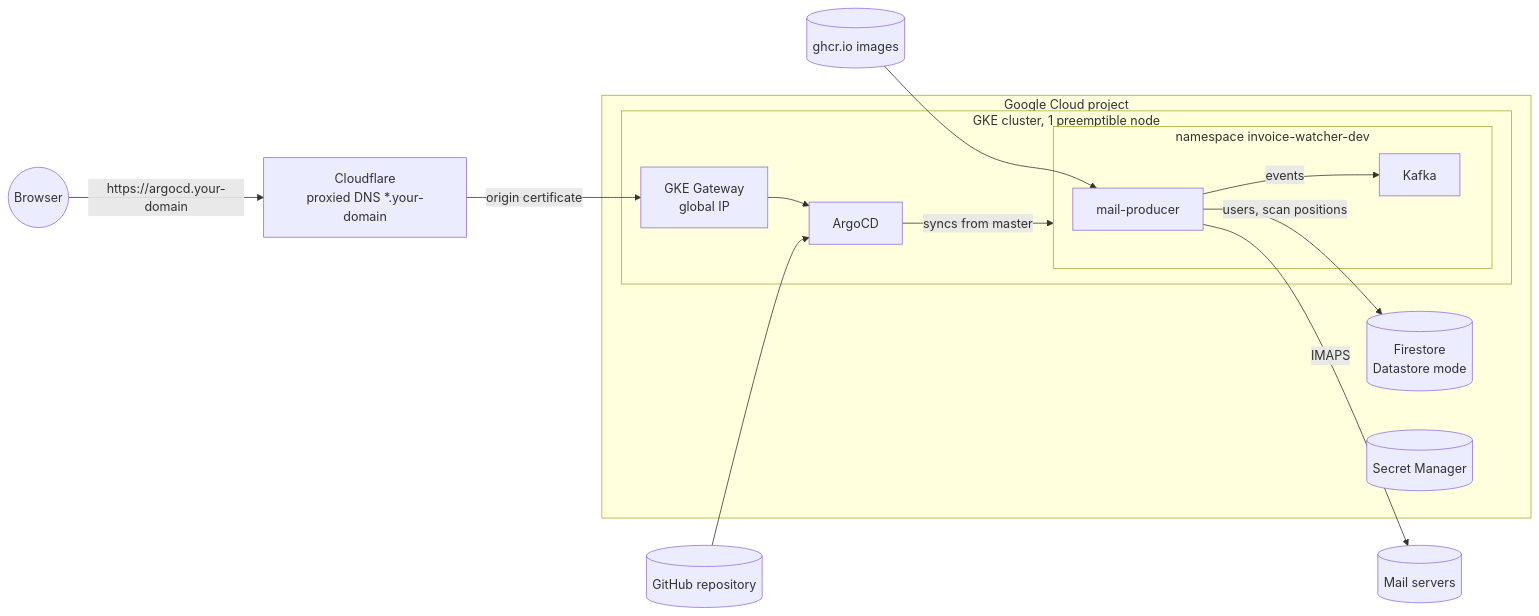
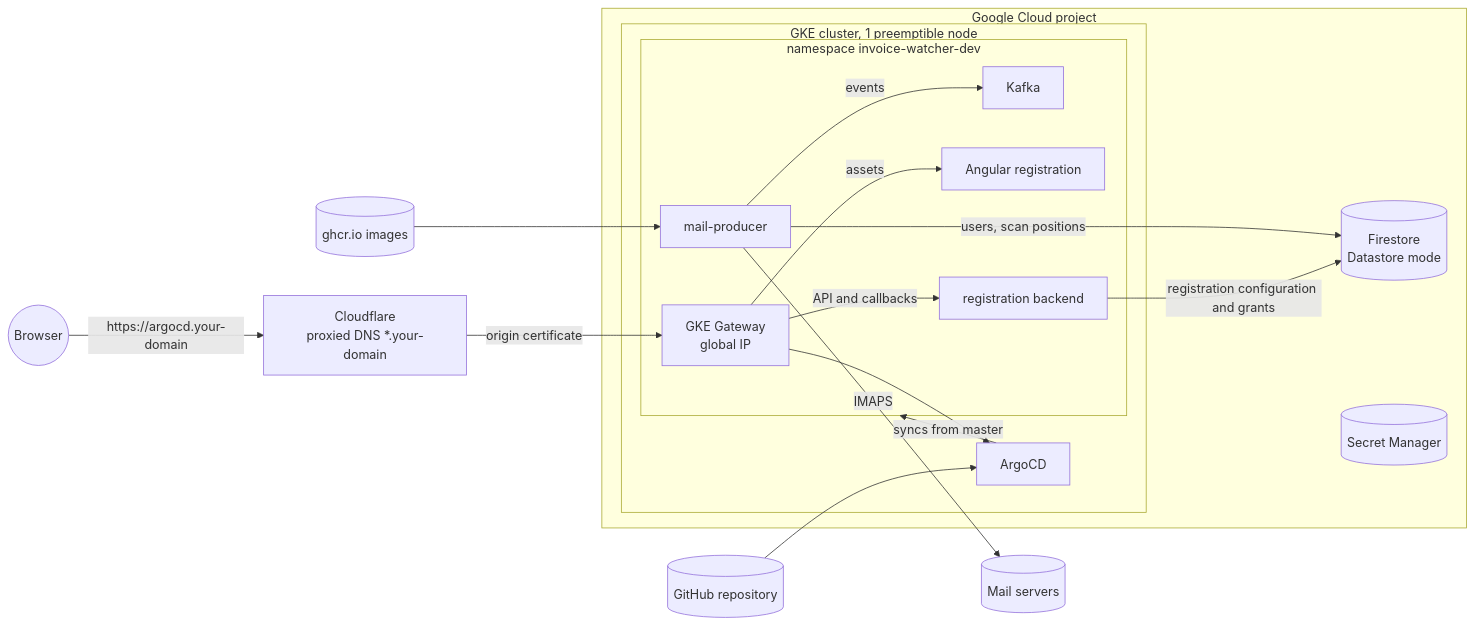
The first of 3 diagrams in docs/system/architecture.md (Guslarz/invoice-watcher), drawn with Mermaid before and after one commit. The commit also changed other lines of this file and 314 other files, not shown here.

````diff
--- a/docs/system/architecture.md
+++ b/docs/system/architecture.md
@@ -30,21 +27,24 @@
 ```mermaid
 flowchart LR
   user((Browser)) -->|https://argocd.your-domain| cf[Cloudflare<br/>proxied DNS *.your-domain]
   cf -->|origin certificate| gw[GKE Gateway<br/>global IP]
 
   subgraph gcp[Google Cloud project]
     subgraph gke[GKE cluster, 1 preemptible node]
       gw --> argocd[ArgoCD]
       subgraph app[namespace invoice-watcher-dev]
         producer[mail-producer] -->|events| kafka[Kafka]
+        gw -->|assets| frontend[Angular registration]
+        gw -->|API and callbacks| backend[registration backend]
       end
       argocd -->|syncs from master| app
     end
+    backend -->|registration configuration and grants| fs
     producer -->|users, scan positions| fs[(Firestore<br/>Datastore mode)]
     sm[(Secret Manager)]
   end
 
   producer -->|IMAPS| imap[(Mail servers)]
   ghcr[(ghcr.io images)] --> producer
   github[(GitHub repository)] --> argocd
 ```
````
